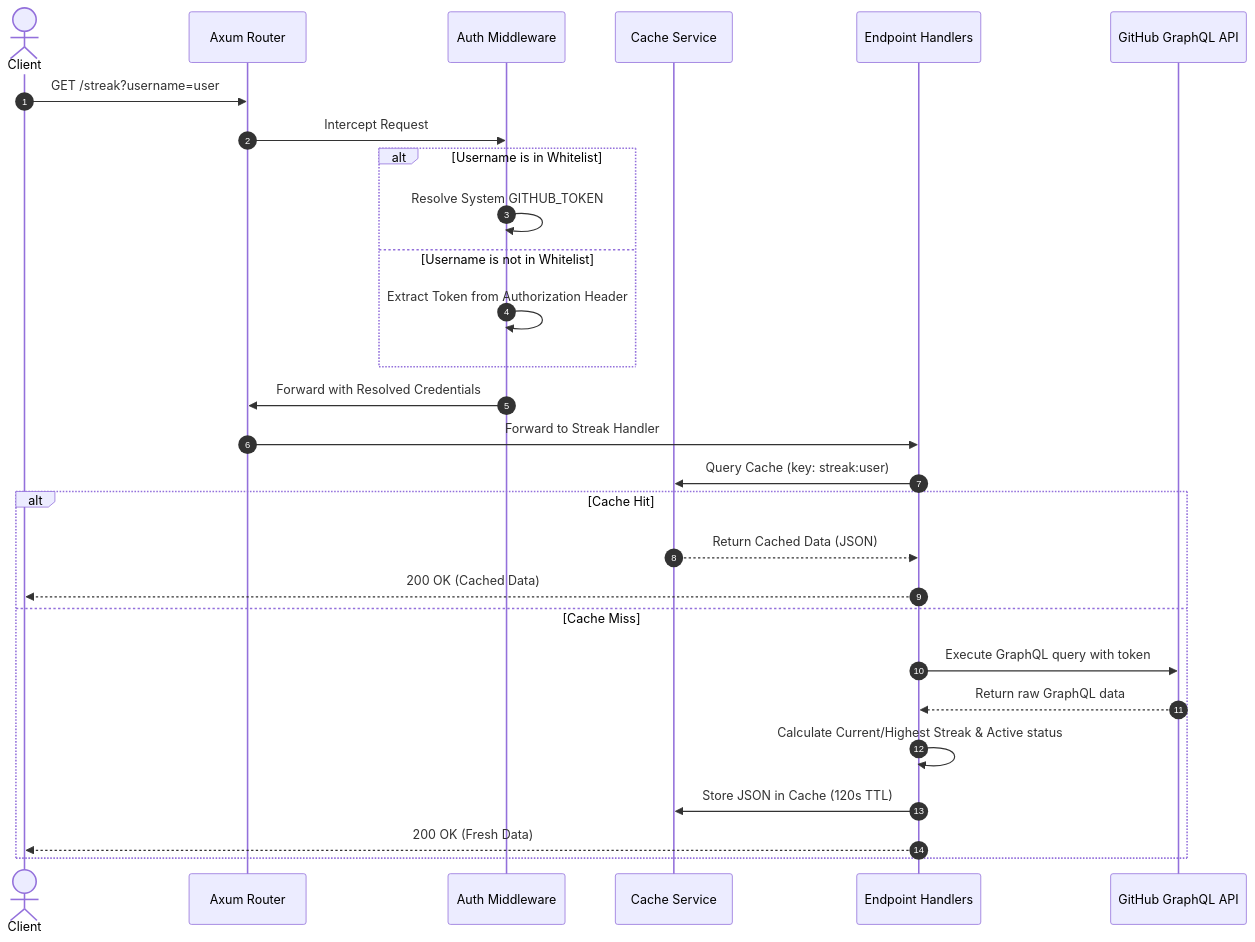
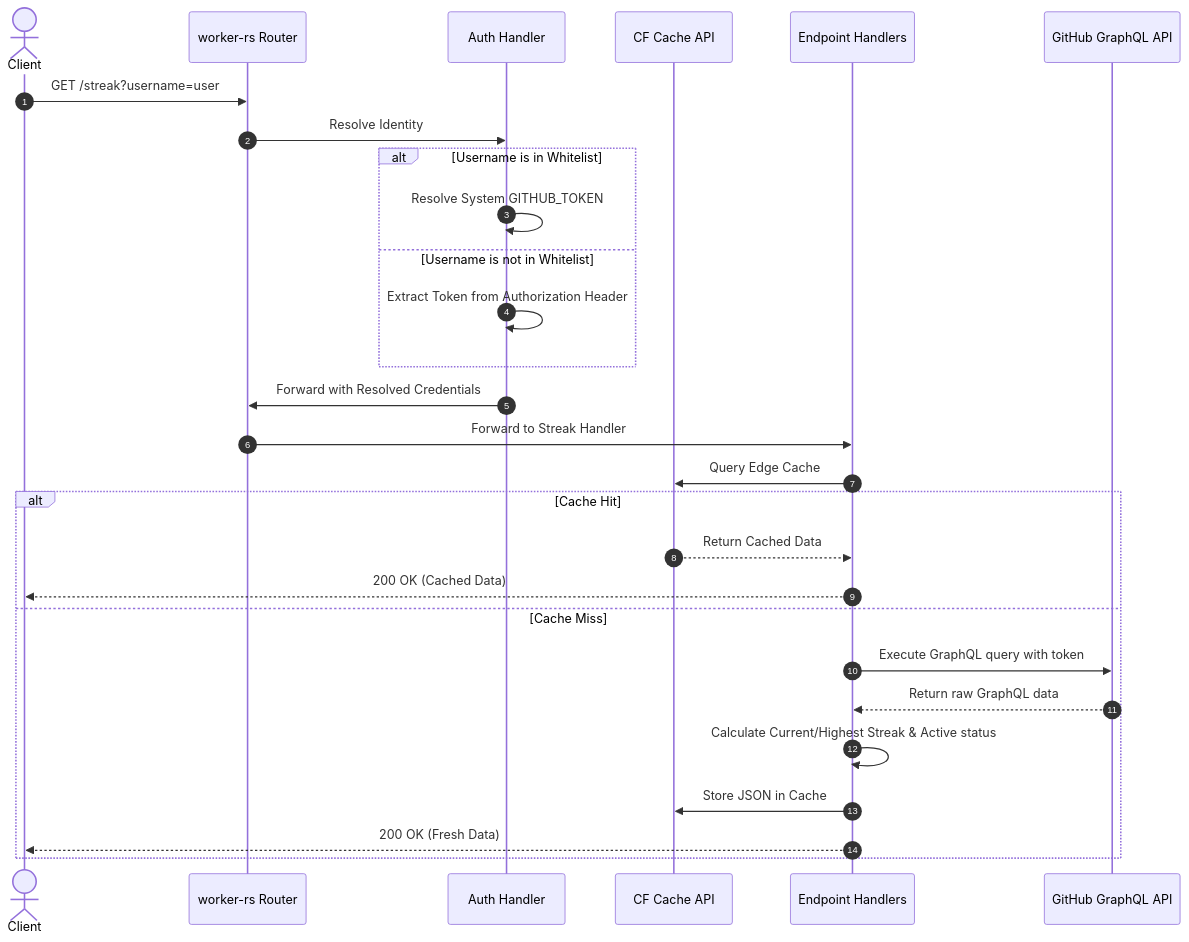
Before and after one commit to Penqguin/Iceberg: the diagram in README.md, drawn with Mermaid. The commit also changed other lines of this file, not shown here.

````diff
--- a/README.md
+++ b/README.md
@@ -20,31 +21,31 @@
 ```mermaid
 sequenceDiagram
     autonumber
     actor Client
-    participant Router as Axum Router
-    participant AuthMW as Auth Middleware
-    participant Cache as Cache Service
+    participant Router as worker-rs Router
+    participant Auth as Auth Handler
+    participant Cache as CF Cache API
     participant Handlers as Endpoint Handlers
     participant GitHub as GitHub GraphQL API
 
     Client->>Router: GET /streak?username=user
-    Router->>AuthMW: Intercept Request
+    Router->>Auth: Resolve Identity
     alt Username is in Whitelist
-        AuthMW->>AuthMW: Resolve System GITHUB_TOKEN
+        Auth->>Auth: Resolve System GITHUB_TOKEN
     else Username is not in Whitelist
-        AuthMW->>AuthMW: Extract Token from Authorization Header
+        Auth->>Auth: Extract Token from Authorization Header
     end
-    AuthMW->>Router: Forward with Resolved Credentials
+    Auth->>Router: Forward with Resolved Credentials
     Router->>Handlers: Forward to Streak Handler
-    Handlers->>Cache: Query Cache (key: streak:user)
+    Handlers->>Cache: Query Edge Cache
     alt Cache Hit
-        Cache-->>Handlers: Return Cached Data (JSON)
+        Cache-->>Handlers: Return Cached Data
         Handlers-->>Client: 200 OK (Cached Data)
     else Cache Miss
         Handlers->>GitHub: Execute GraphQL query with token
         GitHub-->>Handlers: Return raw GraphQL data
         Handlers->>Handlers: Calculate Current/Highest Streak & Active status
-        Handlers->>Cache: Store JSON in Cache (120s TTL)
+        Handlers->>Cache: Store JSON in Cache
         Handlers-->>Client: 200 OK (Fresh Data)
     end
 ```
````
